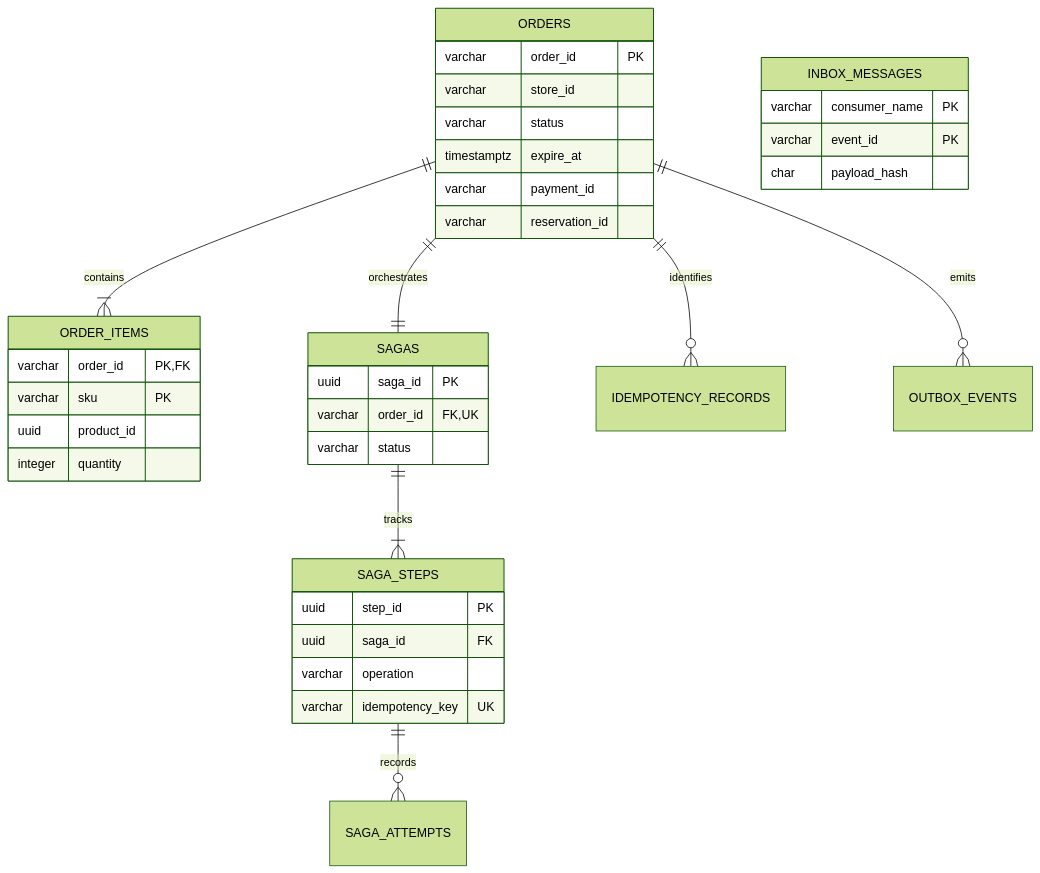
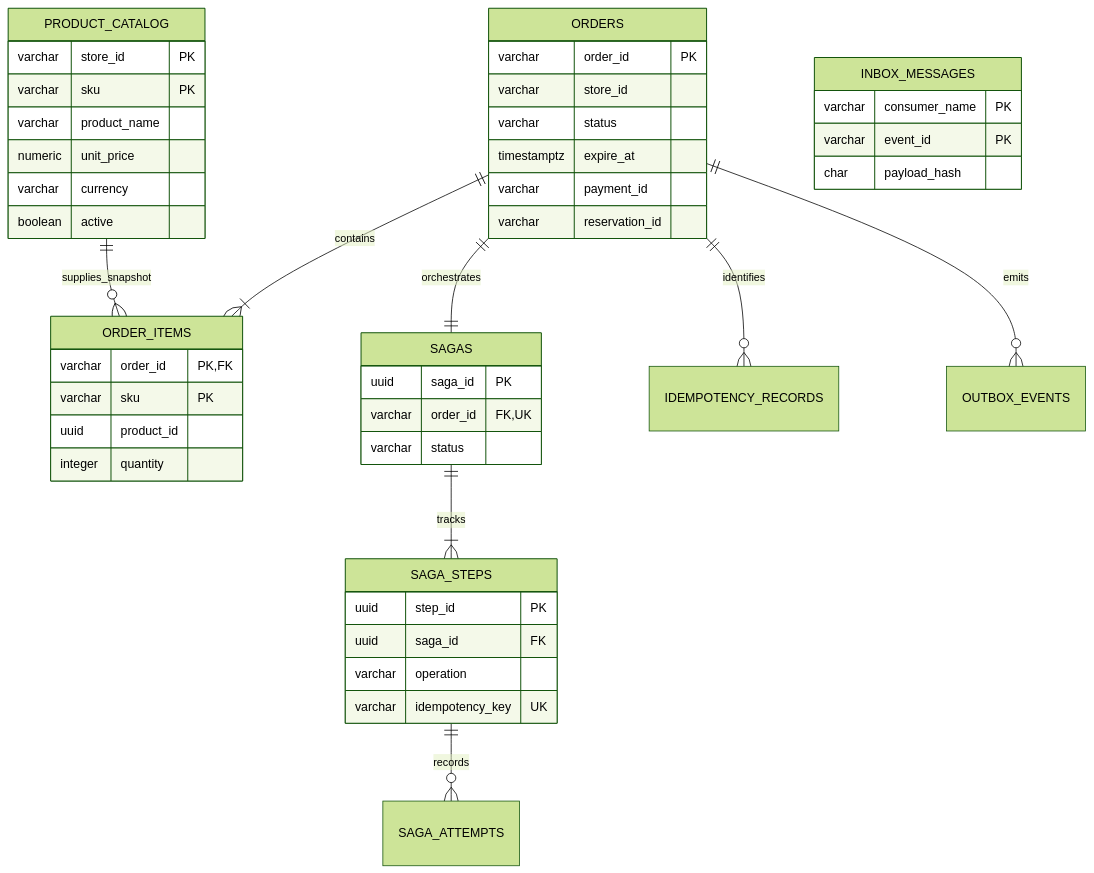
Before and after one commit to nguyenthihuyenlinh236/SE2026-T02-Resilient-Order-Workflow: the first of 3 diagrams in docs/architecture/15-database-design.md, drawn with Mermaid (forest theme). The commit also changed other lines of this file, not shown here.

Commit message:
docs: add product catalog schema to order database

````diff
--- a/docs/architecture/15-database-design.md
+++ b/docs/architecture/15-database-design.md
@@ -40,39 +42,48 @@
 ```mermaid
 erDiagram
+    PRODUCT_CATALOG ||--o{ ORDER_ITEMS : supplies_snapshot
     ORDERS ||--|{ ORDER_ITEMS : contains
     ORDERS ||--|| SAGAS : orchestrates
     SAGAS ||--|{ SAGA_STEPS : tracks
     SAGA_STEPS ||--o{ SAGA_ATTEMPTS : records
     ORDERS ||--o{ IDEMPOTENCY_RECORDS : identifies
     ORDERS ||--o{ OUTBOX_EVENTS : emits
+    PRODUCT_CATALOG {
+        varchar store_id PK
+        varchar sku PK
+        varchar product_name
+        numeric unit_price
+        varchar currency
+        boolean active
+    }
     ORDERS {
         varchar order_id PK
         varchar store_id
         varchar status
         timestamptz expire_at
         varchar payment_id
         varchar reservation_id
     }
     ORDER_ITEMS {
         varchar order_id PK,FK
         varchar sku PK
         uuid product_id
         integer quantity
     }
     SAGAS {
         uuid saga_id PK
         varchar order_id FK,UK
         varchar status
     }
     SAGA_STEPS {
         uuid step_id PK
         uuid saga_id FK
         varchar operation
         varchar idempotency_key UK
     }
     INBOX_MESSAGES {
         varchar consumer_name PK
         varchar event_id PK
         char payload_hash
     }
 ```
````
